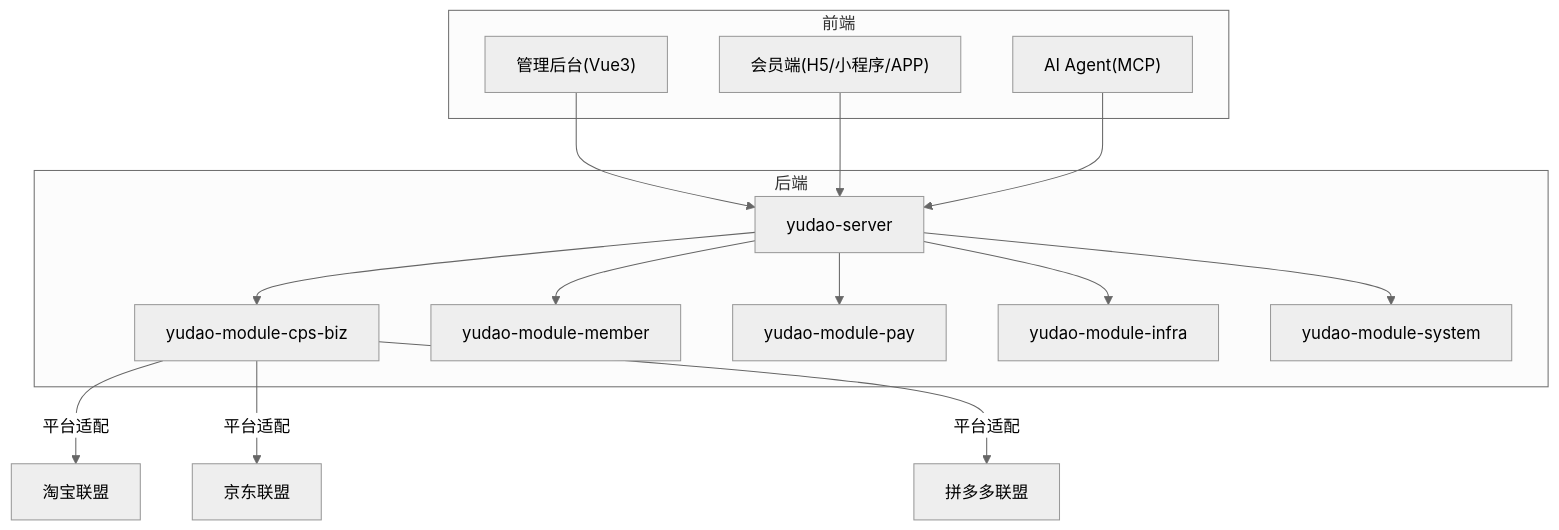
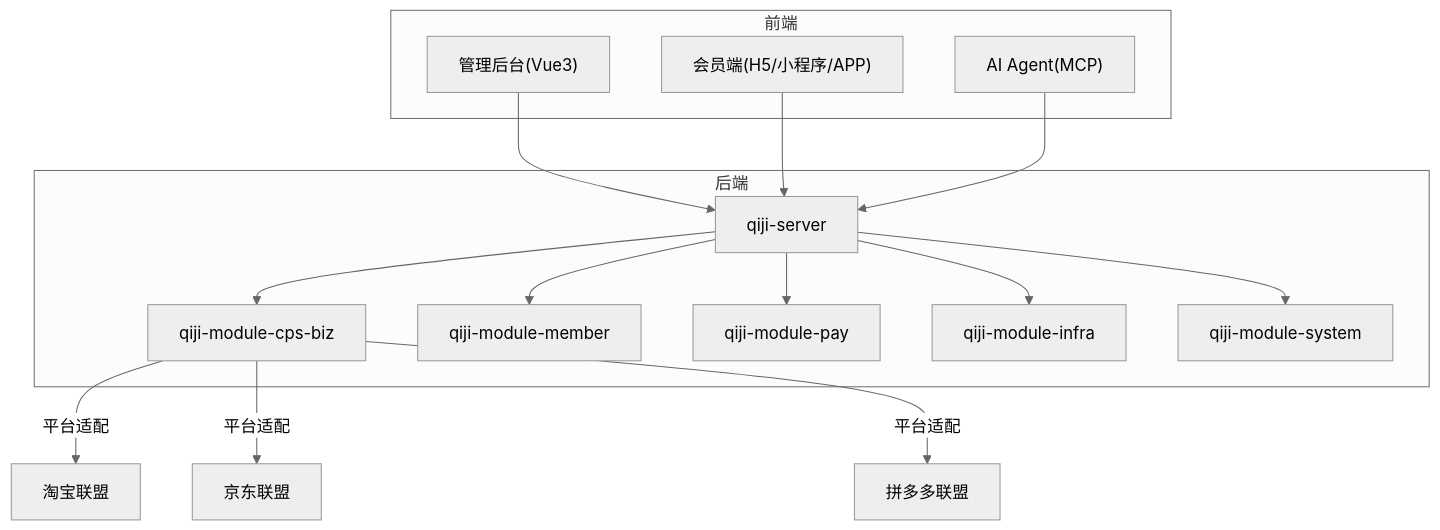
One commit to zhuangpengLI/AgenticCPS changed the second of 6 diagrams in backend/.qoder/repowiki/zh/content/项目概述/项目概述.md. Above: the diagram before and after it, drawn with Mermaid (neutral theme). The commit also changed other lines of this file and 3489 other files, not shown here.

````diff
--- a/backend/.qoder/repowiki/zh/content/项目概述/项目概述.md
+++ b/backend/.qoder/repowiki/zh/content/项目概述/项目概述.md
@@ -82,27 +82,27 @@
 ```mermaid
 graph TB
 subgraph "前端"
 Admin["管理后台(Vue3)"]
 App["会员端(H5/小程序/APP)"]
 MCP["AI Agent(MCP)"]
 end
 subgraph "后端"
-Server["yudao-server"]
-CPS["yudao-module-cps-biz"]
-Member["yudao-module-member"]
-Pay["yudao-module-pay"]
-Infra["yudao-module-infra"]
-System["yudao-module-system"]
+Server["qiji-server"]
+CPS["qiji-module-cps-biz"]
+Member["qiji-module-member"]
+Pay["qiji-module-pay"]
+Infra["qiji-module-infra"]
+System["qiji-module-system"]
 end
 Admin --> Server
 App --> Server
 MCP --> Server
 Server --> CPS
 Server --> Member
 Server --> Pay
 Server --> Infra
 Server --> System
 CPS --> |"平台适配"| Taobao["淘宝联盟"]
 CPS --> |"平台适配"| Jingdong["京东联盟"]
 CPS --> |"平台适配"| Pinduoduo["拼多多联盟"]
 ```
````
